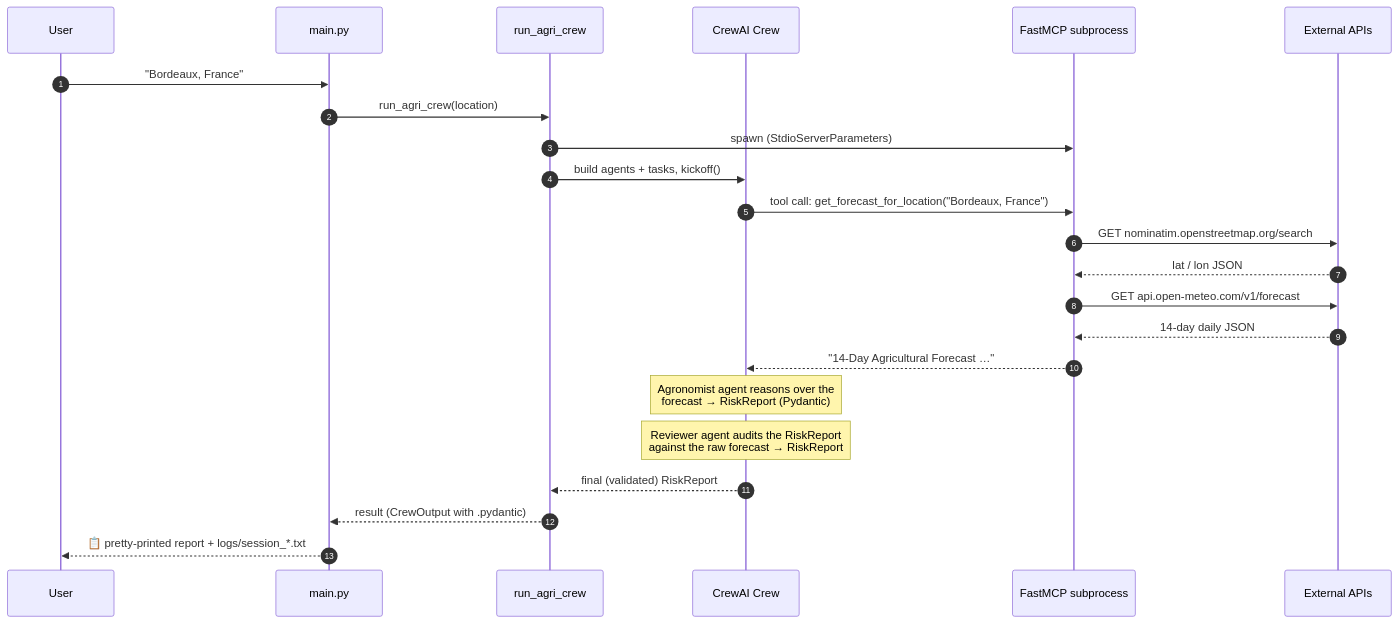
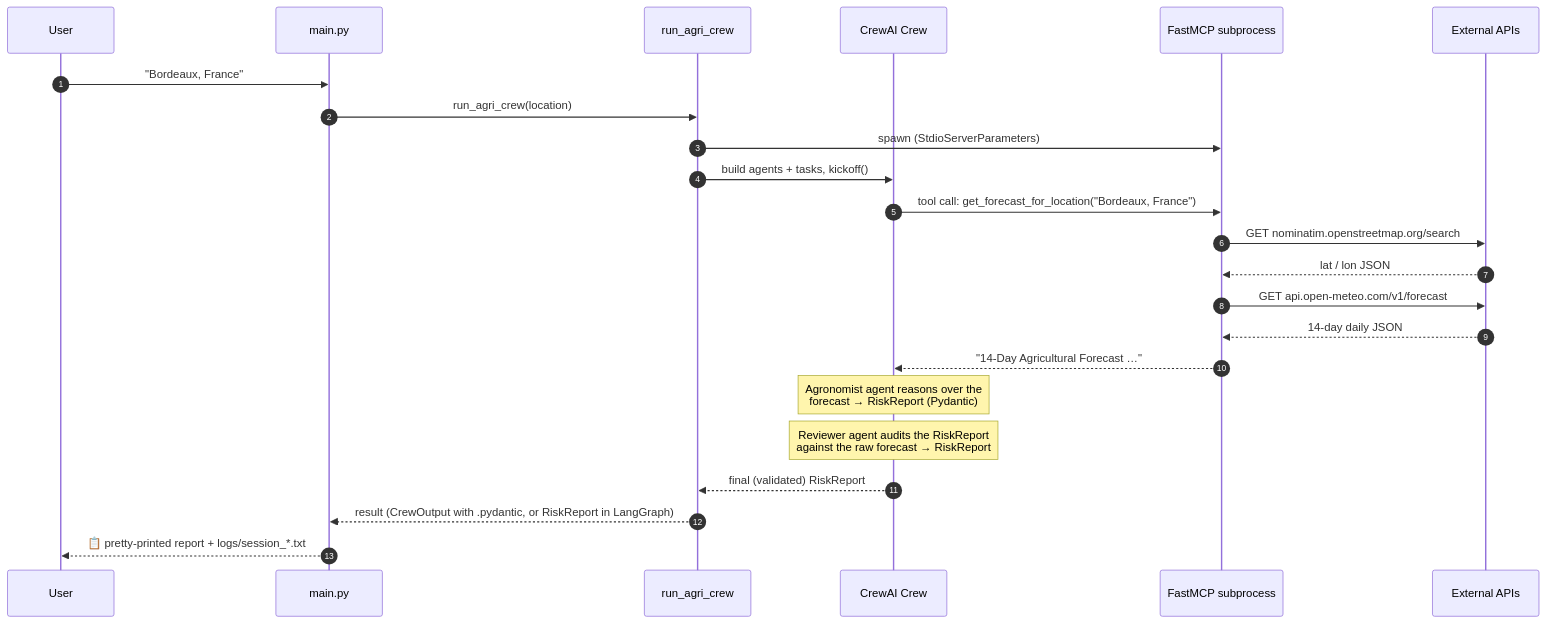
One commit to avishekanand18/weatherAgent changed the second of 2 diagrams in README.md. Above: the diagram before and after it, drawn with Mermaid. The commit also changed other lines of this file and 14 other files, not shown here.

````diff
--- a/README.md
+++ b/README.md
@@ -233,30 +293,30 @@
 ```mermaid
 sequenceDiagram
     autonumber
     participant U as User
     participant Main as main.py
     participant Agent as run_agri_crew
     participant Crew as CrewAI Crew
     participant MCP as FastMCP subprocess
     participant Ext as External APIs
 
     U->>Main: "Bordeaux, France"
     Main->>Agent: run_agri_crew(location)
     Agent->>MCP: spawn (StdioServerParameters)
     Agent->>Crew: build agents + tasks, kickoff()
 
     Crew->>MCP: tool call: get_forecast_for_location("Bordeaux, France")
     MCP->>Ext: GET nominatim.openstreetmap.org/search
     Ext-->>MCP: lat / lon JSON
     MCP->>Ext: GET api.open-meteo.com/v1/forecast
     Ext-->>MCP: 14-day daily JSON
     MCP-->>Crew: "14-Day Agricultural Forecast …"
 
     Note over Crew: Agronomist agent reasons over the<br/>forecast → RiskReport (Pydantic)
 
     Note over Crew: Reviewer agent audits the RiskReport<br/>against the raw forecast → RiskReport
 
     Crew-->>Agent: final (validated) RiskReport
-    Agent-->>Main: result (CrewOutput with .pydantic)
+    Agent-->>Main: result (CrewOutput with .pydantic, or RiskReport in LangGraph)
     Main-->>U: 📋 pretty-printed report + logs/session_*.txt
 ```
````
